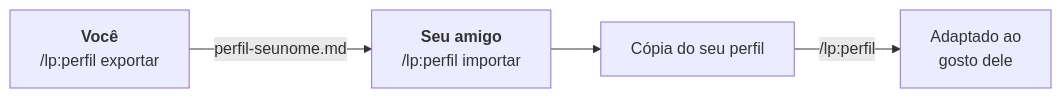
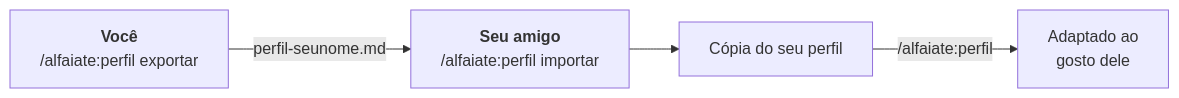
One commit to zjeanero/vitrine-skill changed the diagram in README.md. Above: the diagram before and after it, drawn with Mermaid. The commit also changed other lines of this file and 29 other files, not shown here.

````diff
--- a/README.md
+++ b/README.md
@@ -101,6 +101,6 @@
 ```mermaid
 flowchart LR
-    A["<b>Você</b><br/>/lp:perfil exportar"] -- "perfil-seunome.md" --> B["<b>Seu amigo</b><br/>/lp:perfil importar"]
+    A["<b>Você</b><br/>/alfaiate:perfil exportar"] -- "perfil-seunome.md" --> B["<b>Seu amigo</b><br/>/alfaiate:perfil importar"]
     B --> C["Cópia do seu perfil"]
-    C -- "/lp:perfil" --> D["Adaptado ao<br/>gosto dele"]
+    C -- "/alfaiate:perfil" --> D["Adaptado ao<br/>gosto dele"]
 ```
````
